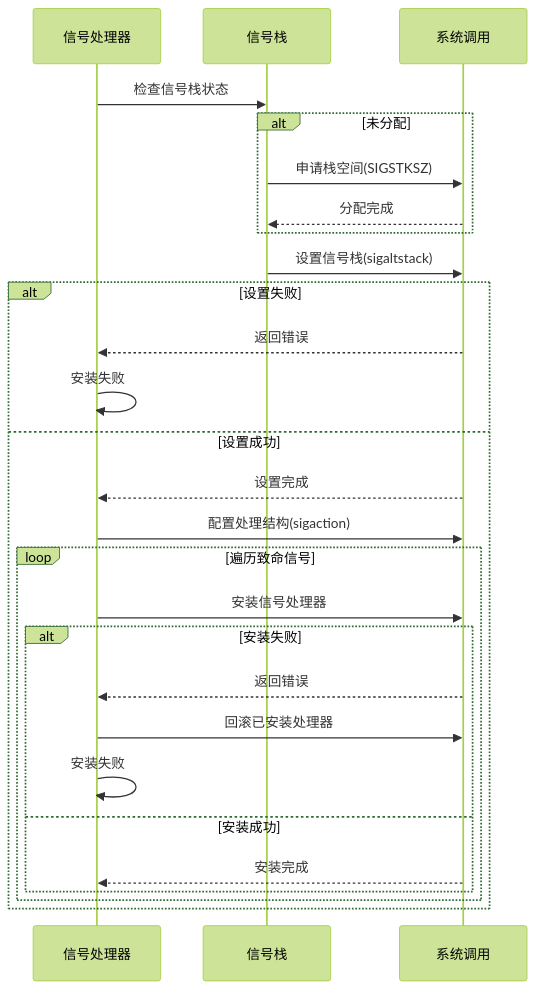
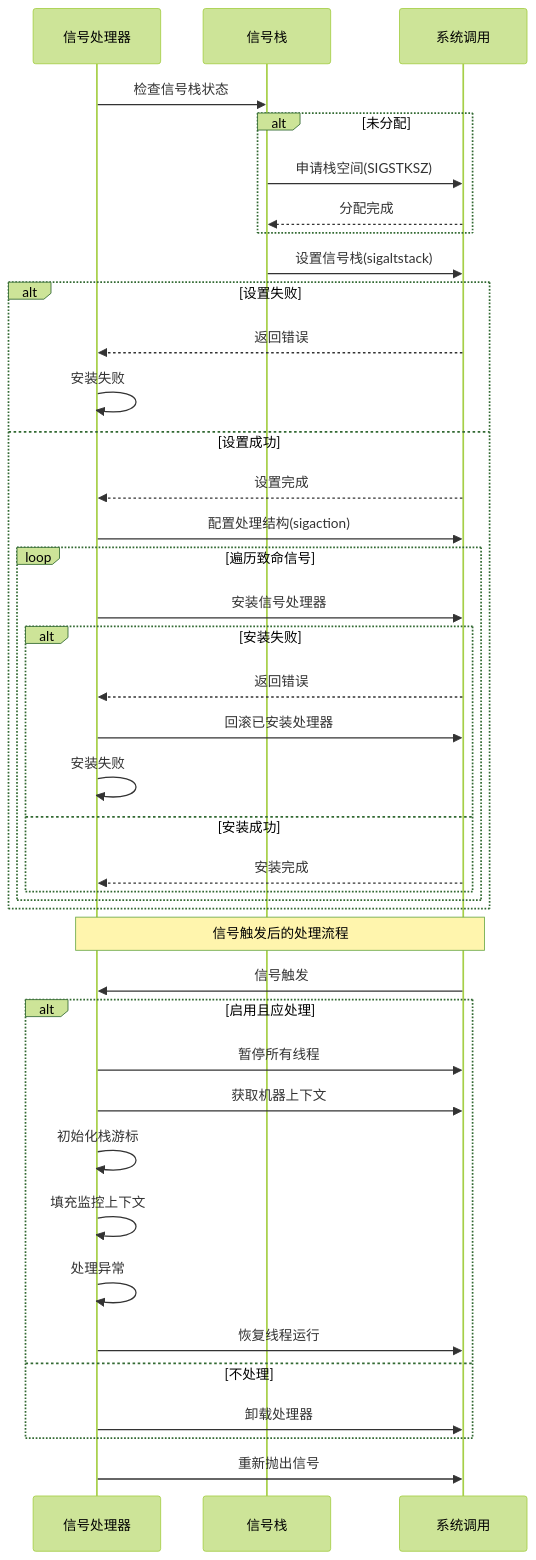
One commit to tamarous/blog changed the fifth of 9 diagrams in docs/iOS/kscrash_monitor.md. Above: the diagram before and after it, drawn with Mermaid (forest theme). The commit also changed other lines of this file, not shown here.

Commit message:
feat: 更新图表

````diff
--- a/docs/iOS/kscrash_monitor.md
+++ b/docs/iOS/kscrash_monitor.md
@@ -375,31 +375,47 @@
 ```mermaid
 sequenceDiagram
     participant Handler as 信号处理器
     participant Stack as 信号栈
     participant System as 系统调用
     
+    %% 初始化阶段
     Handler->>Stack: 检查信号栈状态
     alt 未分配
         Stack->>System: 申请栈空间(SIGSTKSZ)
         System-->>Stack: 分配完成
     end
     
     Stack->>System: 设置信号栈(sigaltstack)
     alt 设置失败
         System-->>Handler: 返回错误
         Handler->>Handler: 安装失败
     else 设置成功
         System-->>Handler: 设置完成
         Handler->>System: 配置处理结构(sigaction)
         loop 遍历致命信号
             Handler->>System: 安装信号处理器
             alt 安装失败
                 System-->>Handler: 返回错误
                 Handler->>System: 回滚已安装处理器
                 Handler->>Handler: 安装失败
             else 安装成功
                 System-->>Handler: 安装完成
             end
         end
     end
+    
+    %% 信号处理阶段
+    Note over Handler,System: 信号触发后的处理流程
+    System->>Handler: 信号触发
+    alt 启用且应处理
+        Handler->>System: 暂停所有线程
+        Handler->>System: 获取机器上下文
+        Handler->>Handler: 初始化栈游标
+        Handler->>Handler: 填充监控上下文
+        Handler->>Handler: 处理异常
+        Handler->>System: 恢复线程运行
+    else 不处理
+        Handler->>System: 卸载处理器
+    end
+    Handler->>System: 重新抛出信号
 ```
````
